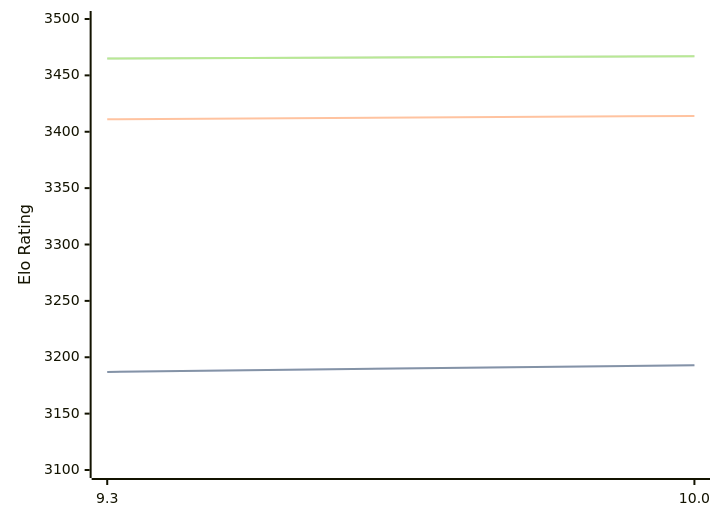
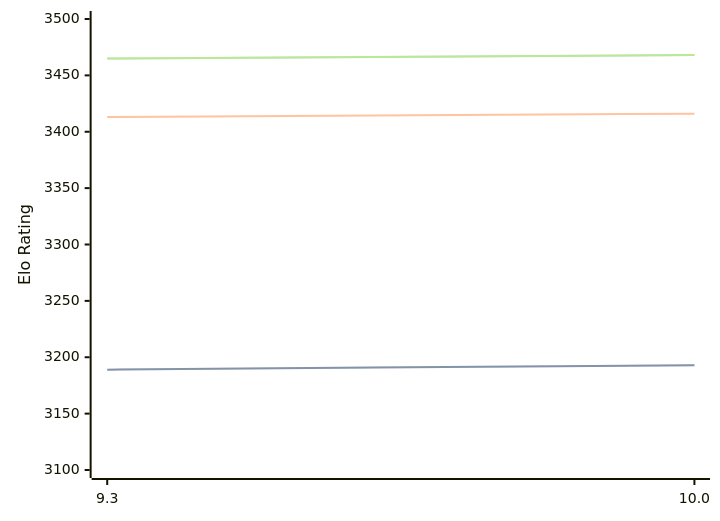
The diagram in engines/Fire.md (computer-chess-index/cci), drawn with Mermaid before and after one commit. The commit also changed other lines of this file, not shown here.

Commit message:
Update CCI Ratings (ELO VLTC) - 2026-05-01

````diff
--- a/engines/Fire.md
+++ b/engines/Fire.md
@@ -47,11 +47,11 @@
 ```mermaid
 %%{init: {"theme":"base","themeVariables":{"seriesColors:['#a3a3a3','#222221','#faa371']}}}%%
 xychart-beta
   x-axis ["9.3", "10.0"]
   y-axis "Elo Rating" 3100 --> 3500
-  line "STC (8.0+0.08s)" [3187, 3193]
-  line "STC (8.0+0.08s)" [3187, 3193]
-  line "LTC (60.0+0.60s)" [3411, 3414]
-  line "VLTC (2m24s+1.12s)" [3465, 3467]
-  line "VLTC (2m24s+1.12s)" [3465, 3467]
+  line "STC (8.0+0.08s)" [3189, 3193]
+  line "STC (8.0+0.08s)" [3189, 3193]
+  line "LTC (60.0+0.60s)" [3413, 3416]
+  line "VLTC (2m24s+1.12s)" [3465, 3468]
+  line "VLTC (2m24s+1.12s)" [3465, 3468]
 ```
````
